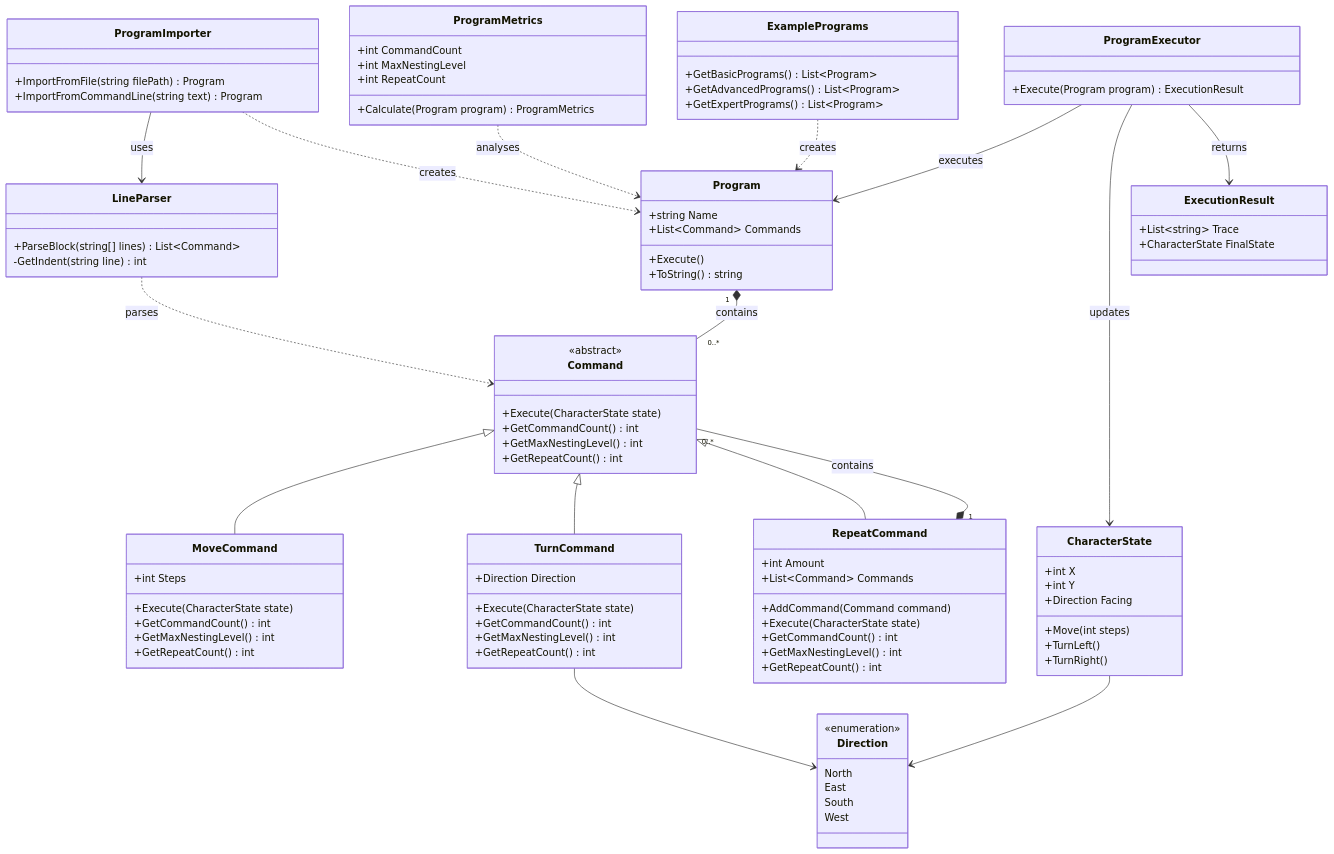
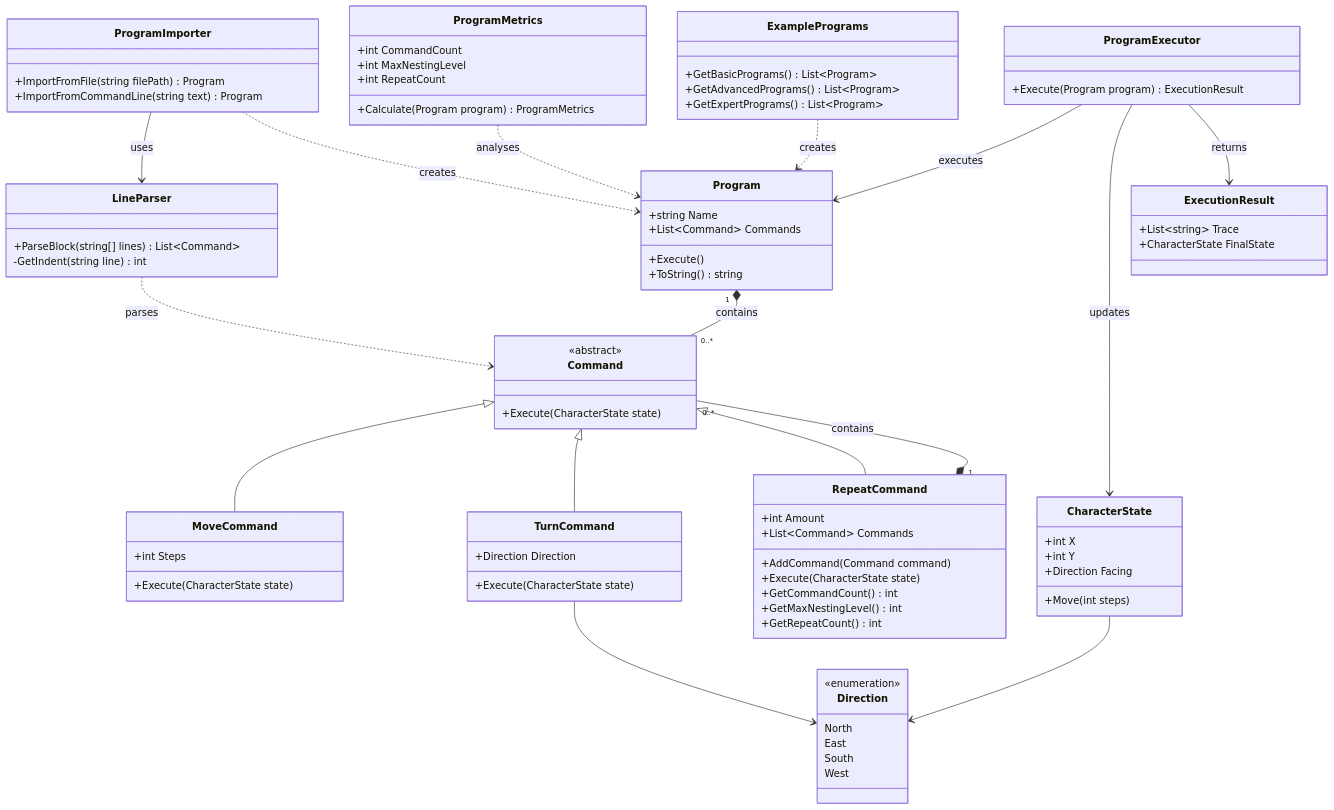
The diagram in UML bs diagram.mmd (LucienPrograms/SEProject2), drawn with Mermaid before and after one commit.

Commit message:
Few changes to UML

```diff
--- a/UML bs diagram.mmd
+++ b/UML bs diagram.mmd
@@ -1,106 +1,95 @@
    classDiagram
     class Program {
         +string Name
         +List~Command~ Commands
         +Execute()
         +ToString() string
     }
 
     class Command {
         <<abstract>>
         +Execute(CharacterState state)
-        +GetCommandCount() int
-        +GetMaxNestingLevel() int
-        +GetRepeatCount() int
     }
 
     class MoveCommand {
         +int Steps
         +Execute(CharacterState state)
-        +GetCommandCount() int
-        +GetMaxNestingLevel() int
-        +GetRepeatCount() int
     }
 
     class TurnCommand {
         +Direction Direction
         +Execute(CharacterState state)
-        +GetCommandCount() int
-        +GetMaxNestingLevel() int
-        +GetRepeatCount() int
     }
 
     class RepeatCommand {
         +int Amount
         +List~Command~ Commands
         +AddCommand(Command command)
         +Execute(CharacterState state)
         +GetCommandCount() int
         +GetMaxNestingLevel() int
         +GetRepeatCount() int
     }
 
     class Direction {
         <<enumeration>>
         North
         East
         South
         West
     }
 
     class CharacterState {
         +int X
         +int Y
         +Direction Facing
         +Move(int steps)
-        +TurnLeft()
-        +TurnRight()
     }
 
     class ProgramImporter {
         +ImportFromFile(string filePath) Program
         +ImportFromCommandLine(string text) Program
     }
 
     class LineParser {
         +ParseBlock(string[] lines) List~Command~
         -GetIndent(string line) int
     }
 
     class ProgramMetrics {
         +int CommandCount
         +int MaxNestingLevel
         +int RepeatCount
         +Calculate(Program program) ProgramMetrics
     }
 
     class ProgramExecutor {
         +Execute(Program program) ExecutionResult
     }
 
     class ExecutionResult {
         +List~string~ Trace
         +CharacterState FinalState
     }
 
     class ExamplePrograms {
         +GetBasicPrograms() List~Program~
         +GetAdvancedPrograms() List~Program~
         +GetExpertPrograms() List~Program~
     }
 
     Program "1" *-- "0..*" Command : contains
     Command <|-- MoveCommand
     Command <|-- TurnCommand
     Command <|-- RepeatCommand
     RepeatCommand "1" *-- "0..*" Command : contains
     TurnCommand --> Direction
     CharacterState --> Direction
     ProgramImporter --> LineParser : uses
     ProgramImporter ..> Program : creates
     LineParser ..> Command : parses
     ProgramExecutor --> Program : executes
     ProgramExecutor --> CharacterState : updates
     ProgramExecutor --> ExecutionResult : returns
     ProgramMetrics ..> Program : analyses
     ExamplePrograms ..> Program : creates
```
